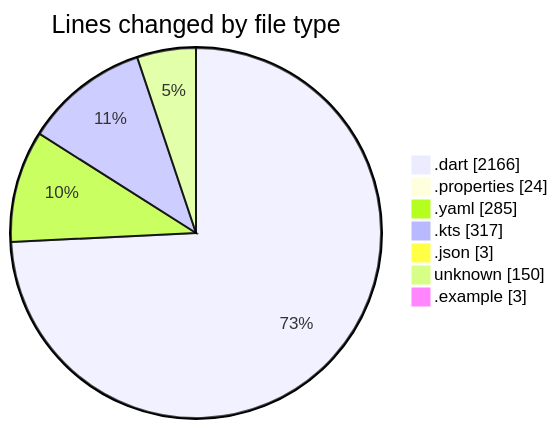
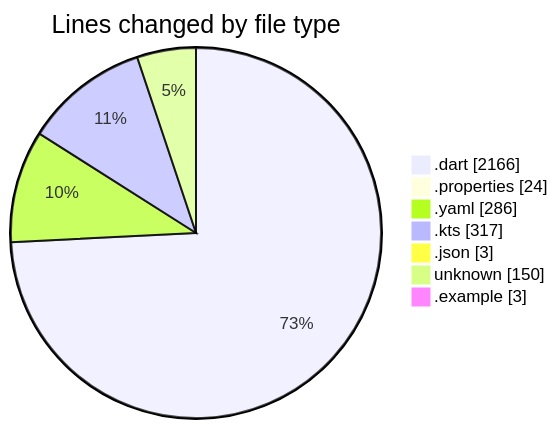
One commit to donsfak/code-tracking changed the first of 2 diagrams in 2025-10-31/weather_insights_app/README.md. Above: the diagram before and after it, drawn with Mermaid. The commit also changed other lines of this file and 1 other file, not shown here.

````diff
--- a/2025-10-31/weather_insights_app/README.md
+++ b/2025-10-31/weather_insights_app/README.md
@@ -31,11 +31,11 @@
 ```mermaid
 pie showData
 title Lines changed by file type
 ".dart" : 2166
 ".properties" : 24
-".yaml" : 285
+".yaml" : 286
 ".kts" : 317
 ".json" : 3
 "unknown" : 150
 ".example" : 3
 ```
````
